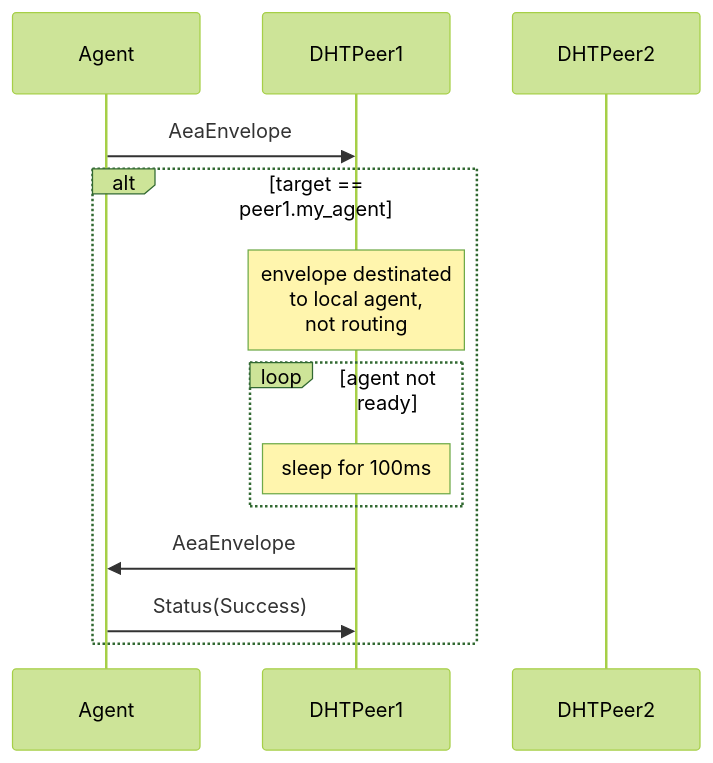
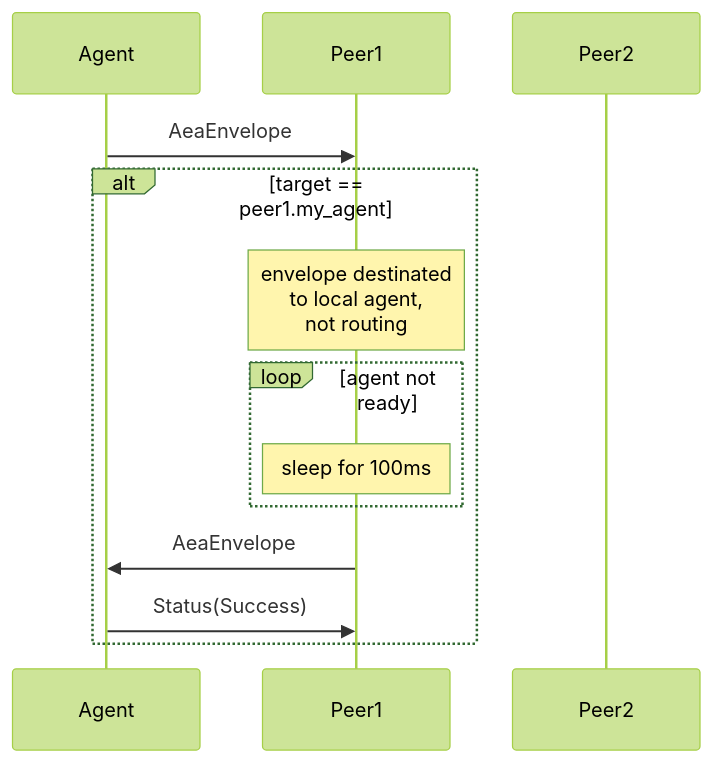
One commit to legendarydeveloper919/agents-aea changed the fourth of 9 diagrams in docs/acn-internals.md. Above: the diagram before and after it, drawn with Mermaid (forest theme). The commit also changed other lines of this file, not shown here.

Commit message:
docs: rename DHTPeer with Peer

```diff
--- a/docs/acn-internals.md
+++ b/docs/acn-internals.md
@@ -276,15 +276,15 @@
 <div class="mermaid">
     sequenceDiagram
         participant Agent
-        participant DHTPeer1
-        participant DHTPeer2
-        Agent->>DHTPeer1: AeaEnvelope
+        participant Peer1
+        participant Peer2
+        Agent->>Peer1: AeaEnvelope
         alt target == peer1.my_agent
-            note over DHTPeer1: envelope destinated<br/> to local agent,<br/> not routing
+            note over Peer1: envelope destinated<br/> to local agent,<br/> not routing
             loop agent not ready
-                note over DHTPeer1: sleep for 100ms
+                note over Peer1: sleep for 100ms
             end
-            DHTPeer1->>Agent: AeaEnvelope
-            Agent->>DHTPeer1: Status(Success)
+            Peer1->>Agent: AeaEnvelope
+            Agent->>Peer1: Status(Success)
         end
 </div>
```
